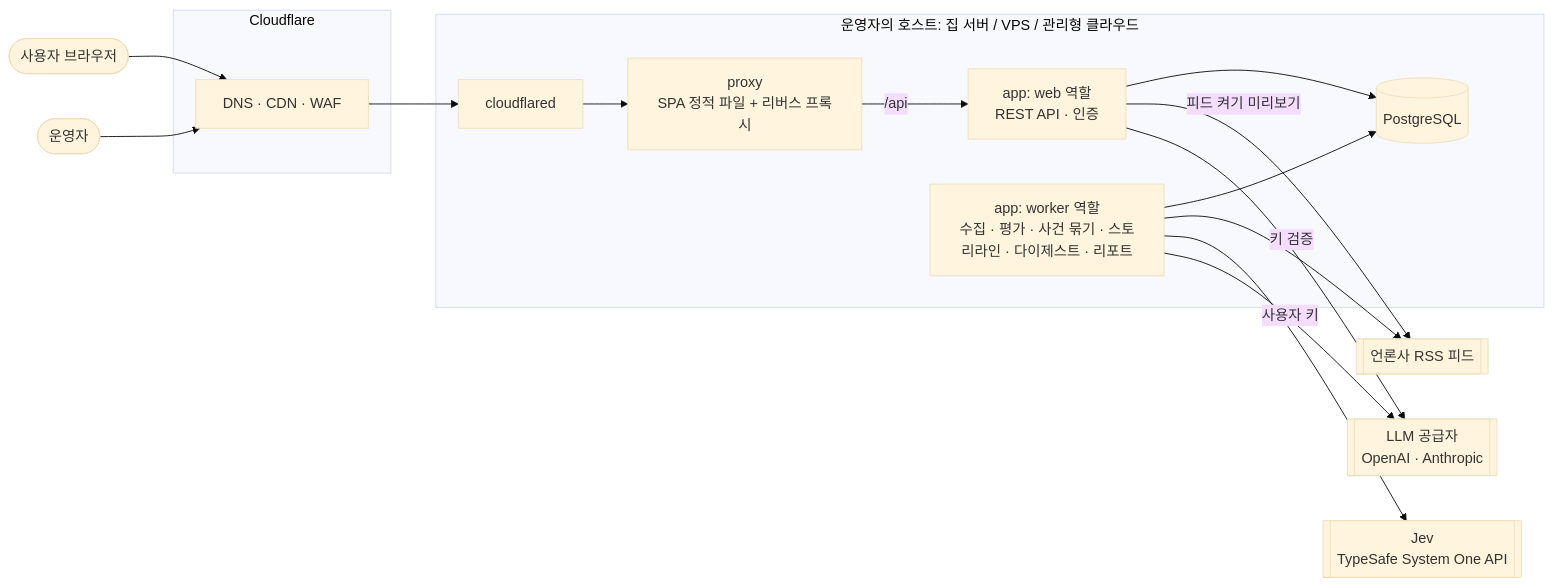
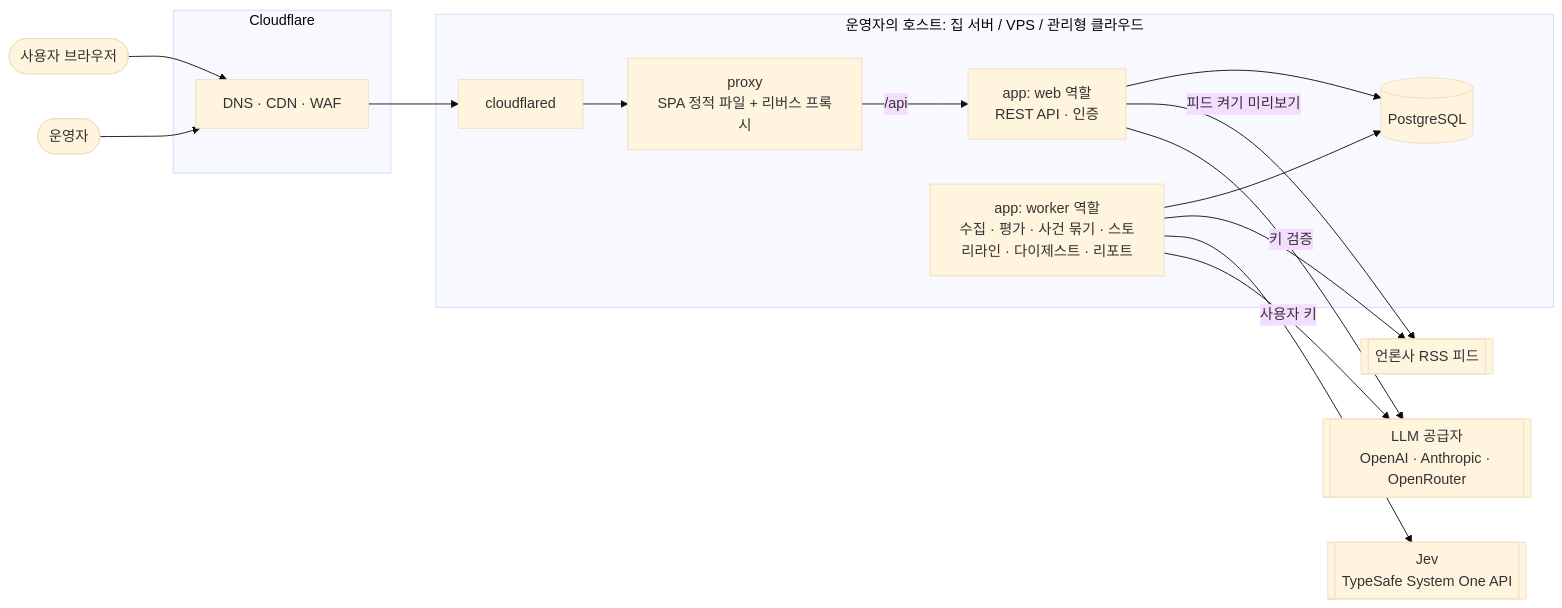
One commit to Theia0382/yozm-news changed the first of 2 diagrams in docs/overview.md. Above: the diagram before and after it, drawn with Mermaid (base theme). The commit also changed other lines of this file and 21 other files, not shown here.

First line of the commit message:
docs(llm): OpenRouter 공급자의 Spec · 규칙 · 고지와 ADR 다섯을 적는다

````diff
--- a/docs/overview.md
+++ b/docs/overview.md
@@ -76,29 +76,29 @@
 ```mermaid
 flowchart LR
     user([사용자 브라우저])
     admin([운영자])
     subgraph CF[Cloudflare]
         edge[DNS · CDN · WAF]
     end
     subgraph Host[운영자의 호스트: 집 서버 / VPS / 관리형 클라우드]
         tunnel[cloudflared]
         proxy[proxy<br/>SPA 정적 파일 + 리버스 프록시]
         web[app: web 역할<br/>REST API · 인증]
         worker[app: worker 역할<br/>수집 · 평가 · 사건 묶기 · 스토리라인 · 다이제스트 · 리포트]
         db[(PostgreSQL)]
     end
     feeds[[언론사 RSS 피드]]
     jev[[Jev<br/>TypeSafe System One API]]
-    llm[[LLM 공급자<br/>OpenAI · Anthropic]]
+    llm[[LLM 공급자<br/>OpenAI · Anthropic · OpenRouter]]
 
     user --> edge --> tunnel --> proxy
     admin --> edge
     proxy -->|/api| web
     web --> db
     worker --> db
     worker --> feeds
     web -->|피드 켜기 미리보기| feeds
     worker --> jev
     worker -->|사용자 키| llm
     web -->|키 검증| llm
 ```
````
